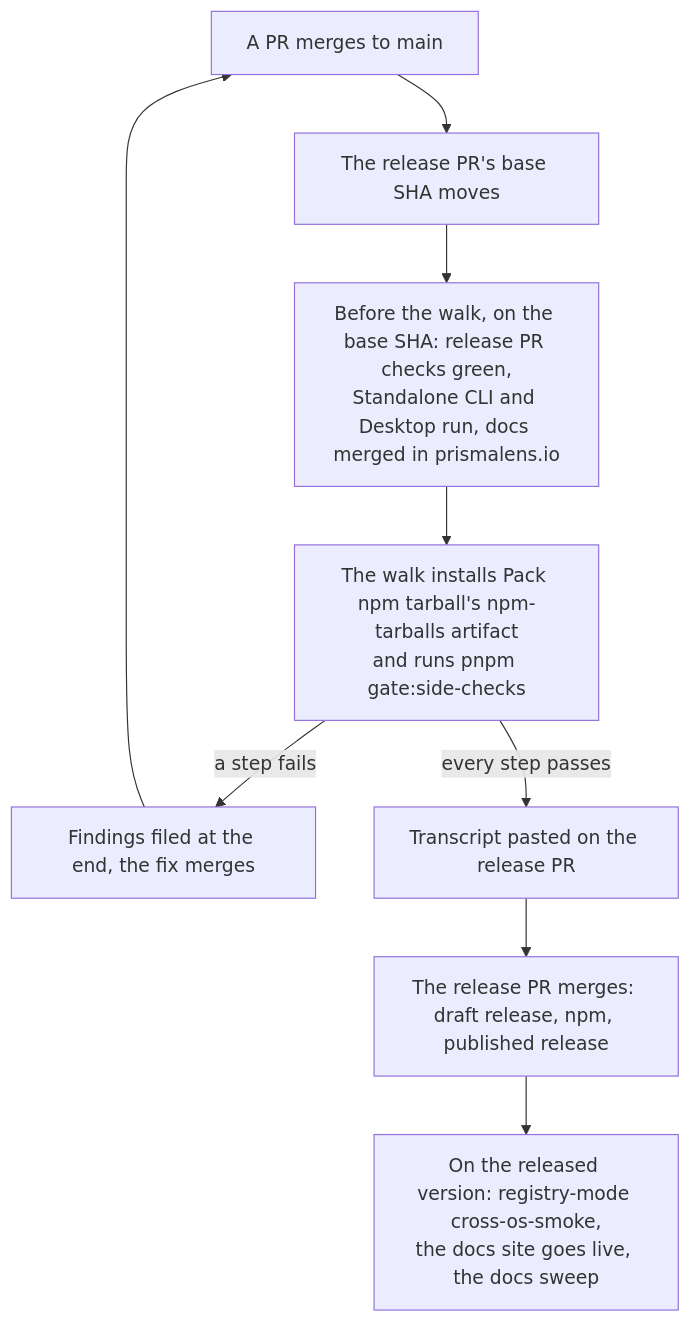
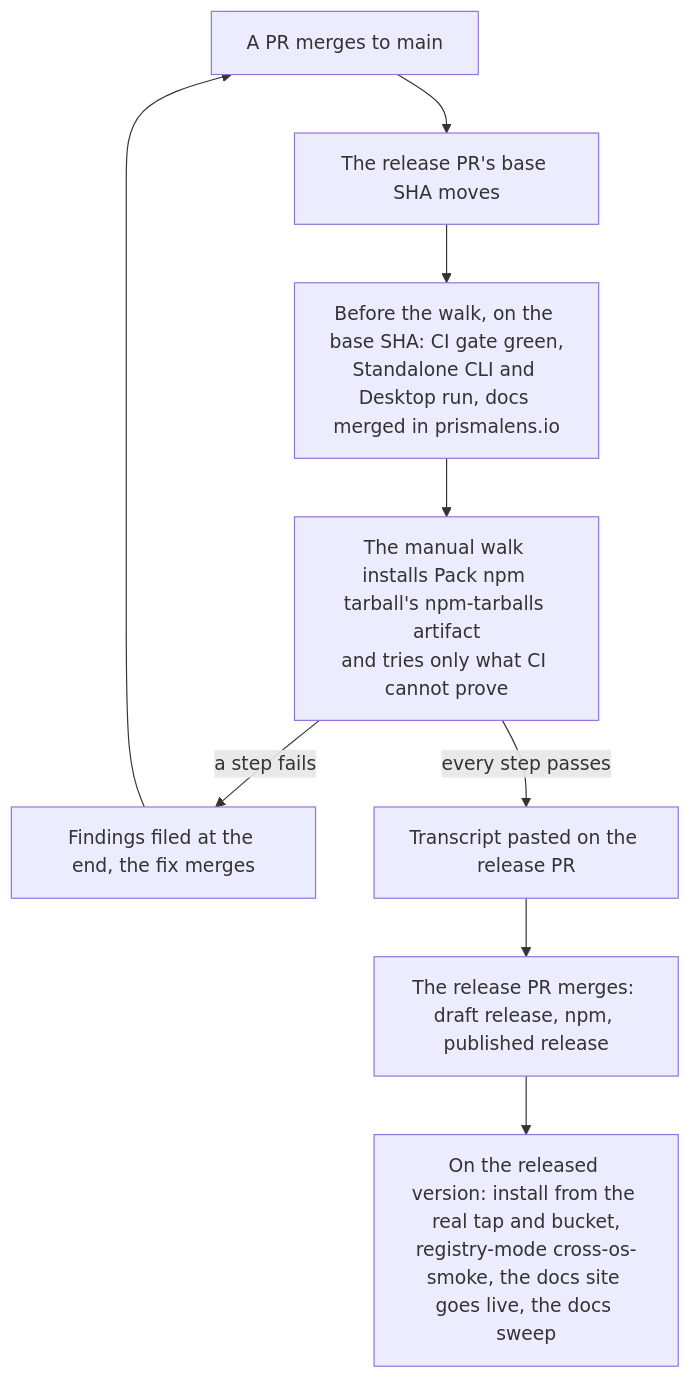
Before and after one commit to prismalens/prismalens: the diagram in RELEASING.md, drawn with Mermaid. The commit also changed other lines of this file and 25 other files, not shown here.

First line of the commit message:
ci: the release walk shrinks to what CI proves, and every agent is proven by recorded traffic (#920, #914)

````diff
--- a/RELEASING.md
+++ b/RELEASING.md
@@ -21,11 +21,11 @@
 ```mermaid
 flowchart TD
     merge["A PR merges to main"] --> base["The release PR's base SHA moves"]
-    base --> before["Before the walk, on the base SHA: release PR checks green,<br/>Standalone CLI and Desktop run, docs merged in prismalens.io"]
-    before --> walk["The walk installs Pack npm tarball's npm-tarballs artifact<br/>and runs pnpm gate:side-checks"]
+    base --> before["Before the walk, on the base SHA: CI gate green,<br/>Standalone CLI and Desktop run, docs merged in prismalens.io"]
+    before --> walk["The manual walk installs Pack npm tarball's npm-tarballs artifact<br/>and tries only what CI cannot prove"]
     walk -- "a step fails" --> fix["Findings filed at the end, the fix merges"]
     fix --> merge
     walk -- "every step passes" --> paste["Transcript pasted on the release PR"]
     paste --> release["The release PR merges: draft release, npm, published release"]
-    release --> after["On the released version: registry-mode cross-os-smoke,<br/>the docs site goes live, the docs sweep"]
+    release --> after["On the released version: install from the real tap and bucket,<br/>registry-mode cross-os-smoke, the docs site goes live, the docs sweep"]
 ```
````
